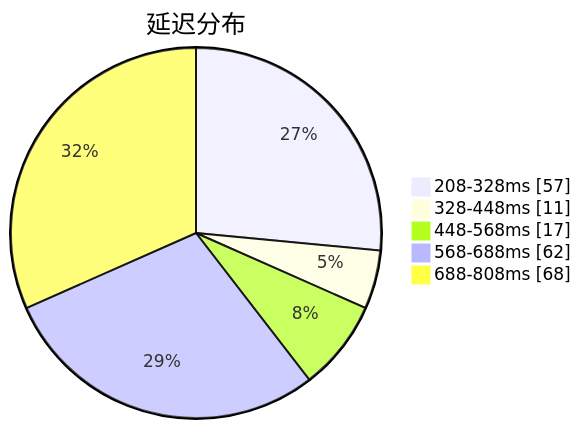
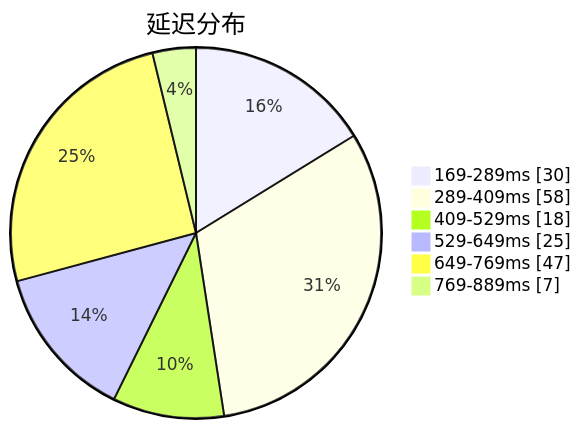
Before and after one commit to qjlxg/airport: the first of 3 diagrams in subs/statistics/tested_within.md, drawn with Mermaid. The commit also changed other lines of this file and 2 other files, not shown here.

````diff
--- a/subs/statistics/tested_within.md
+++ b/subs/statistics/tested_within.md
@@ -2,9 +2,10 @@
 ```mermaid
 pie showData
 title 延迟分布
-"208-328ms" : 57
-"328-448ms" : 11
-"448-568ms" : 17
-"568-688ms" : 62
-"688-808ms" : 68
+"169-289ms" : 30
+"289-409ms" : 58
+"409-529ms" : 18
+"529-649ms" : 25
+"649-769ms" : 47
+"769-889ms" : 7
 ```
````
